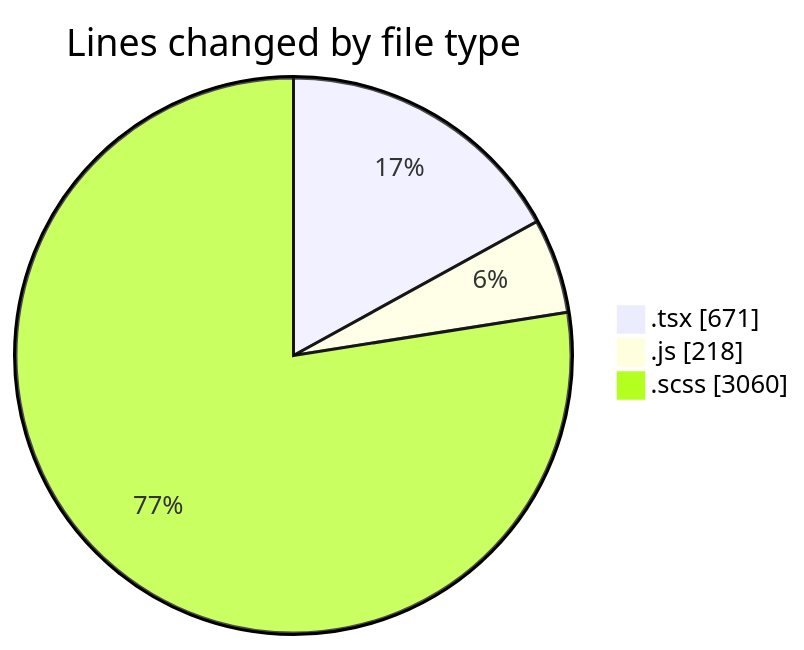
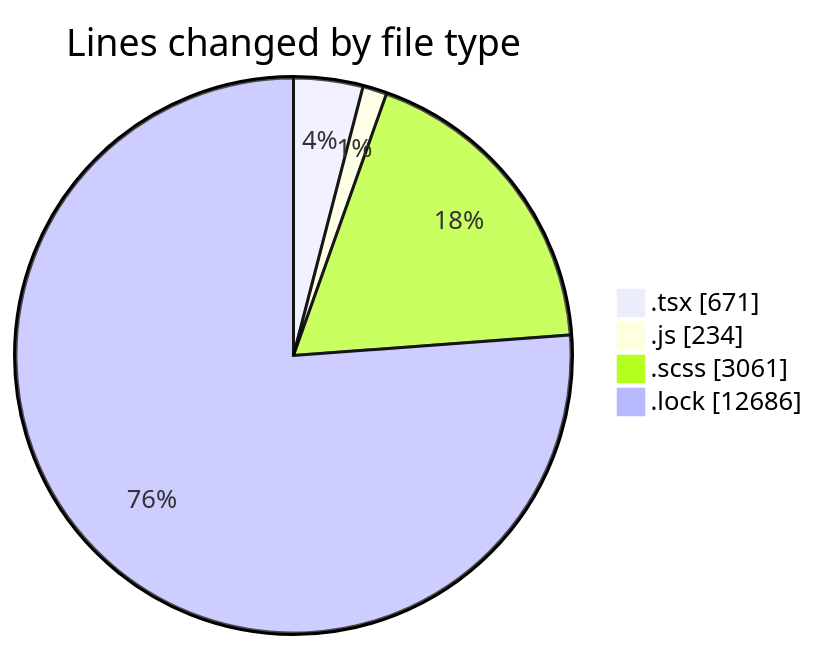
One commit to momahboobian/code-tracking changed the first of 2 diagrams in 2026-01-22/cda-web-components/README.md. Above: the diagram before and after it, drawn with Mermaid. The commit also changed other lines of this file and 1 other file, not shown here.

````diff
--- a/2026-01-22/cda-web-components/README.md
+++ b/2026-01-22/cda-web-components/README.md
@@ -53,7 +54,8 @@
 ```mermaid
 pie showData
 title Lines changed by file type
 ".tsx" : 671
-".js" : 218
-".scss" : 3060
+".js" : 234
+".scss" : 3061
+".lock" : 12686
 ```
````
